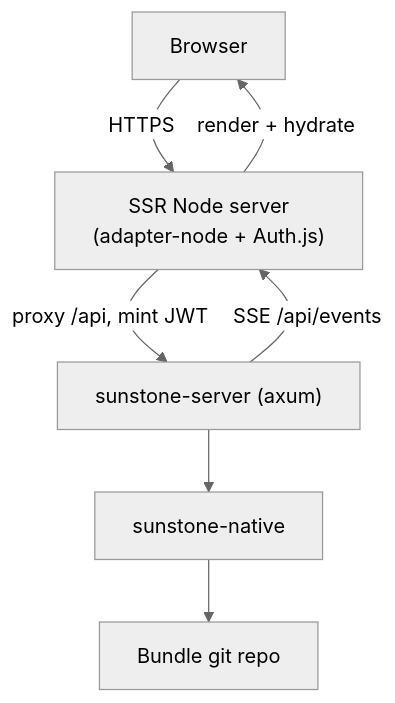
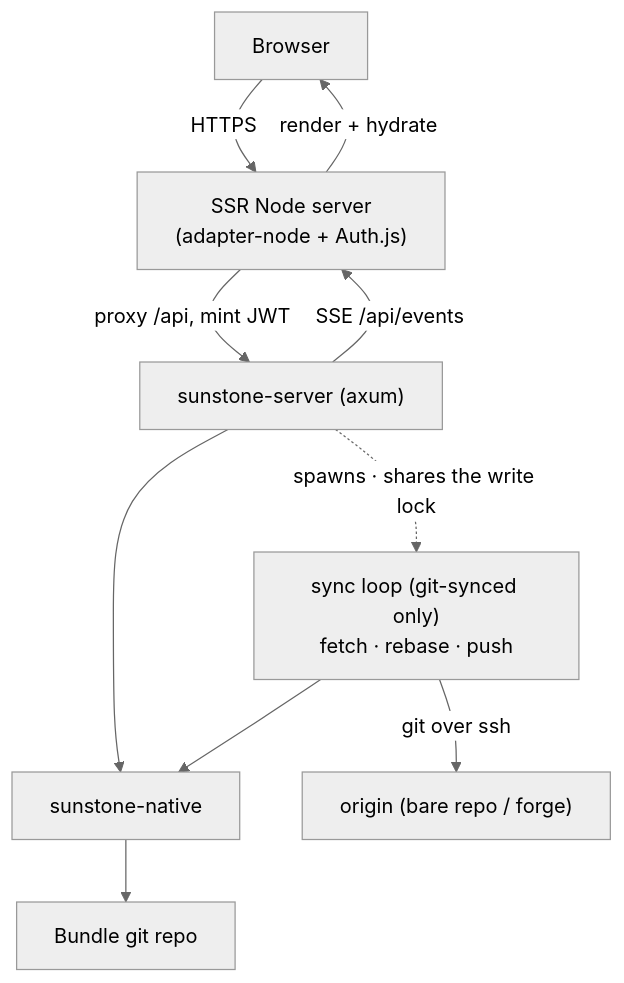
One commit to pothos-dev/sunstone changed the third of 3 diagrams in docs/architecture/overview.md. Above: the diagram before and after it, drawn with Mermaid (neutral theme). The commit also changed other lines of this file and 43 other files, not shown here.

````diff
--- a/docs/architecture/overview.md
+++ b/docs/architecture/overview.md
@@ -69,9 +69,12 @@
 ```mermaid
 flowchart TD
   BR["Browser"] -->|"HTTPS"| NODE["SSR Node server<br/>(adapter-node + Auth.js)"]
   NODE -->|"render + hydrate"| BR
   NODE -->|"proxy /api, mint JWT"| SV["sunstone-server (axum)"]
   SV --> CORE["sunstone-native"]
   CORE --> GIT["Bundle git repo"]
+  LOOP["sync loop (git-synced only)<br/>fetch · rebase · push"] --> CORE
+  SV -.->|"spawns · shares the write lock"| LOOP
+  LOOP -->|"git over ssh"| ORIGIN["origin (bare repo / forge)"]
   SV -->|"SSE /api/events"| NODE
 ```
````
